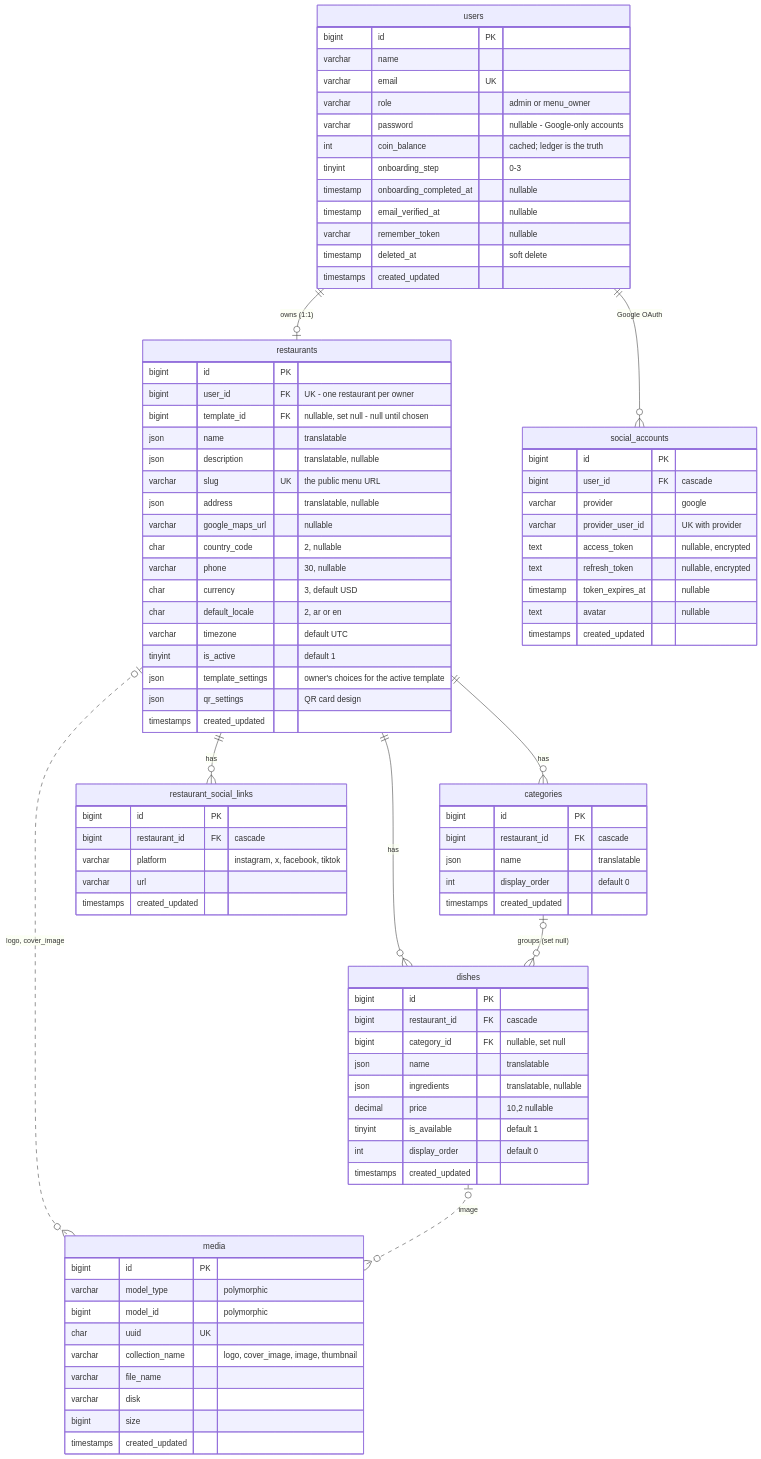
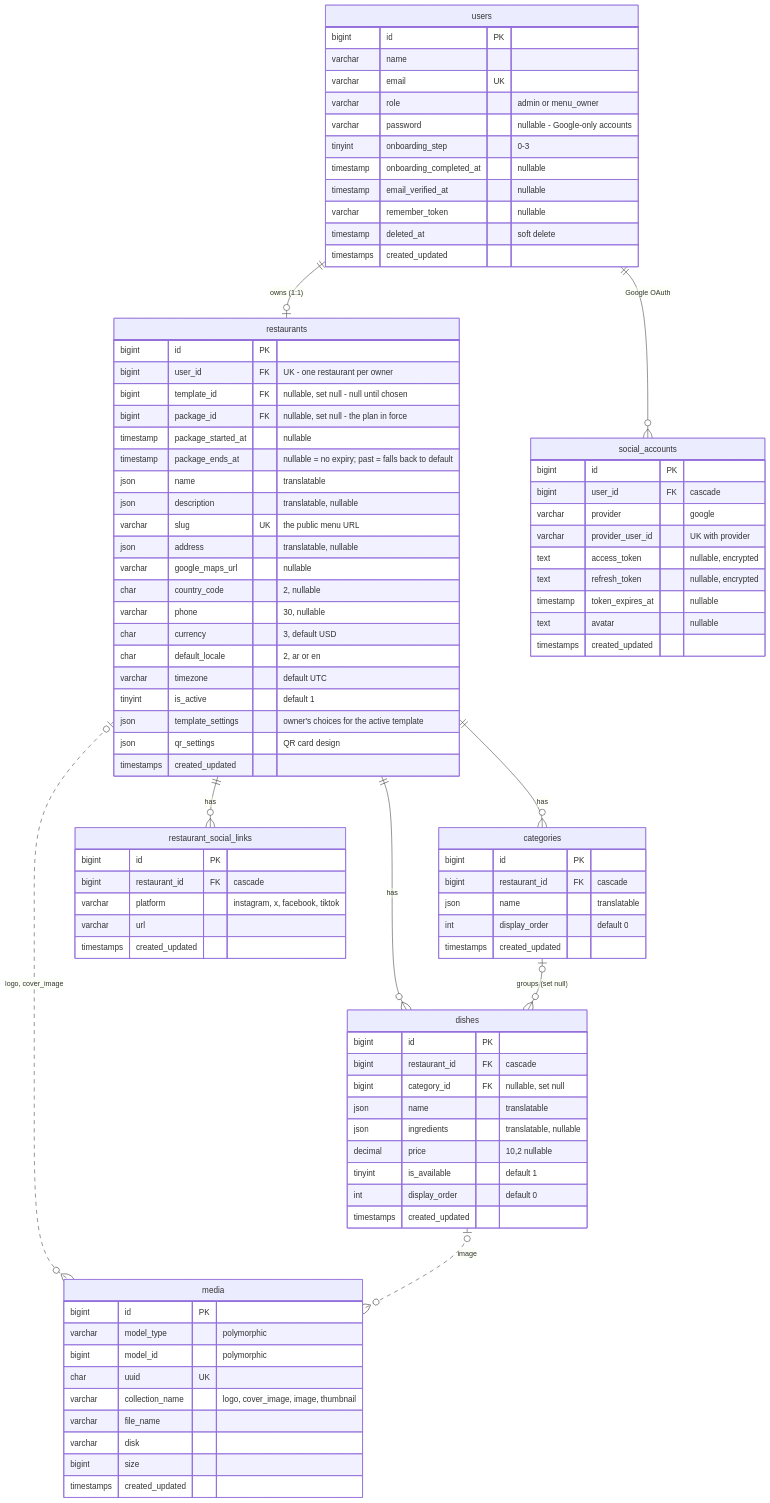
The first of 3 diagrams in docs/database-erd.md (Danyseifedine/qayema), drawn with Mermaid before and after one commit. The commit also changed other lines of this file and 14 other files, not shown here.

```diff
--- a/docs/database-erd.md
+++ b/docs/database-erd.md
@@ -20,7 +20,6 @@
         varchar email UK
         varchar role "admin or menu_owner"
         varchar password "nullable - Google-only accounts"
-        int coin_balance "cached; ledger is the truth"
         tinyint onboarding_step "0-3"
         timestamp onboarding_completed_at "nullable"
         timestamp email_verified_at "nullable"
@@ -33,6 +32,9 @@
         bigint id PK
         bigint user_id FK "UK - one restaurant per owner"
         bigint template_id FK "nullable, set null - null until chosen"
+        bigint package_id FK "nullable, set null - the plan in force"
+        timestamp package_started_at "nullable"
+        timestamp package_ends_at "nullable = no expiry; past = falls back to default"
         json name "translatable"
         json description "translatable, nullable"
         varchar slug UK "the public menu URL"
```
